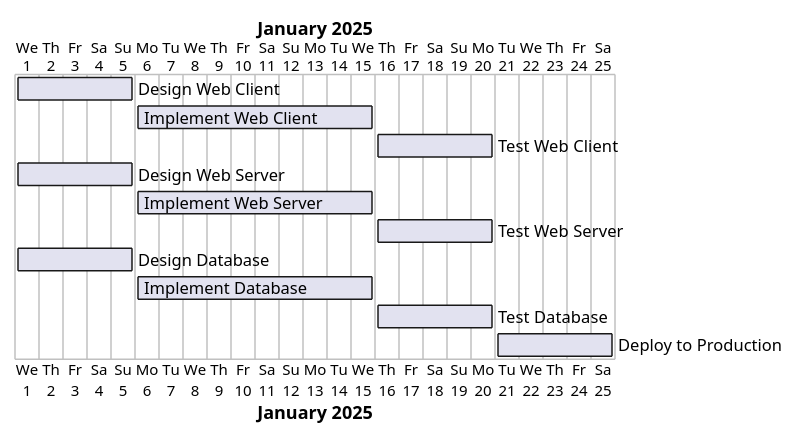
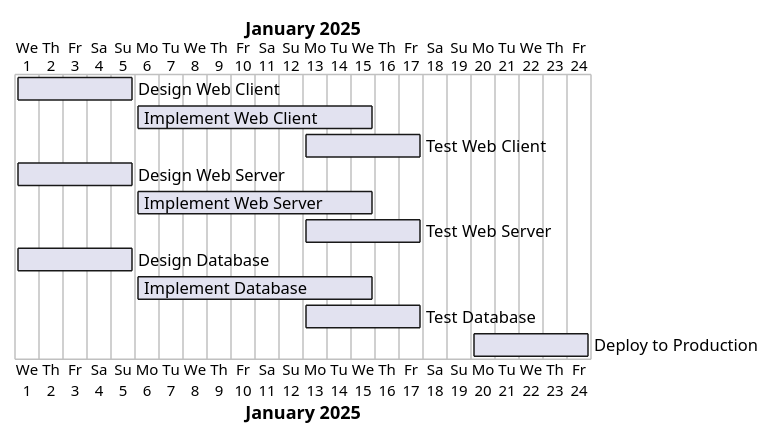
Before and after one commit to micheleAlberto/ganttdsl: the diagram in tutorial.md, drawn with PlantUML. The commit also changed other lines of this file and 13 other files, not shown here.

````diff
--- a/tutorial.md
+++ b/tutorial.md
@@ -266,26 +181,26 @@
 ```plantuml
 @startgantt
+Project starts 2025-01-01
 [Design Web Client] requires 5 days
+[Design Web Client] starts 2025-01-01
 [Implement Web Client] requires 10 days
+[Implement Web Client] starts 2025-01-06
 [Test Web Client] requires 5 days
+[Test Web Client] starts 2025-01-13
 [Design Web Server] requires 5 days
+[Design Web Server] starts 2025-01-01
 [Implement Web Server] requires 10 days
+[Implement Web Server] starts 2025-01-06
 [Test Web Server] requires 5 days
+[Test Web Server] starts 2025-01-13
 [Design Database] requires 5 days
+[Design Database] starts 2025-01-01
 [Implement Database] requires 10 days
+[Implement Database] starts 2025-01-06
 [Test Database] requires 5 days
+[Test Database] starts 2025-01-13
 [Deploy to Production] requires 5 days
+[Deploy to Production] starts 2025-01-20
+@endgantt
 
-Project starts 2025-01-01
-[Design Web Client] starts 2025-01-01
-[Implement Web Client] starts 2025-01-06
-[Test Web Client] starts 2025-01-16
-[Design Web Server] starts 2025-01-01
-[Implement Web Server] starts 2025-01-06
-[Test Web Server] starts 2025-01-16
-[Design Database] starts 2025-01-01
-[Implement Database] starts 2025-01-06
-[Test Database] starts 2025-01-16
-[Deploy to Production] starts 2025-01-21
-@endgantt
 ```
````
